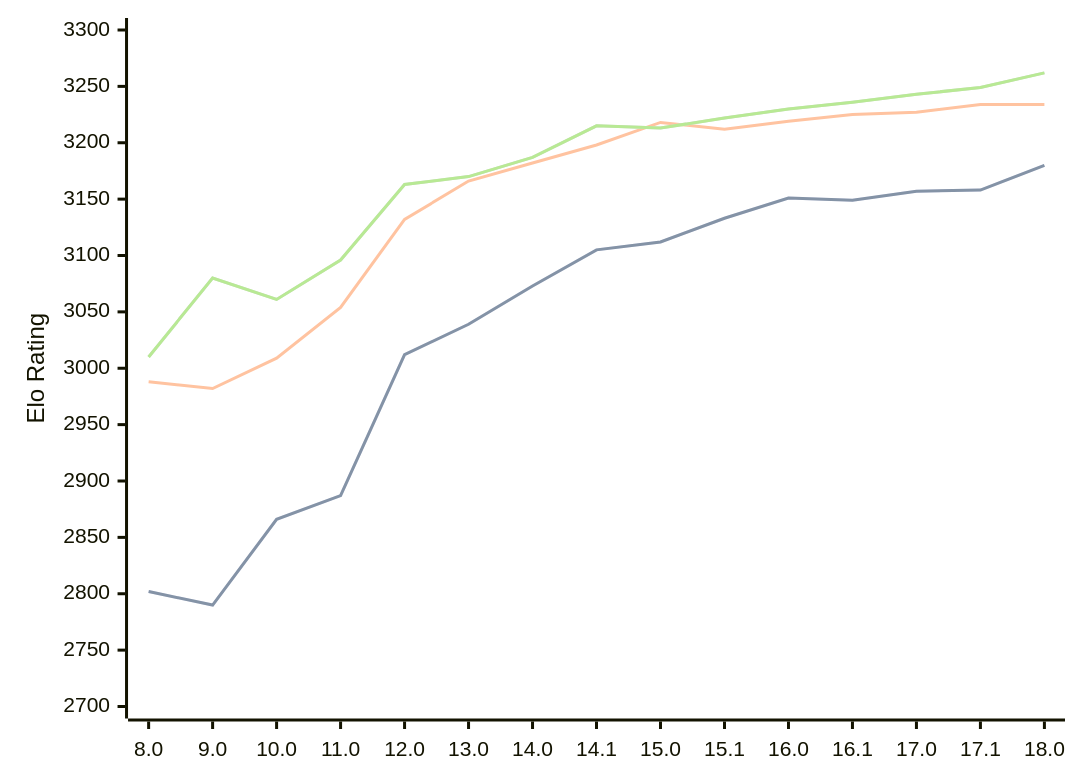
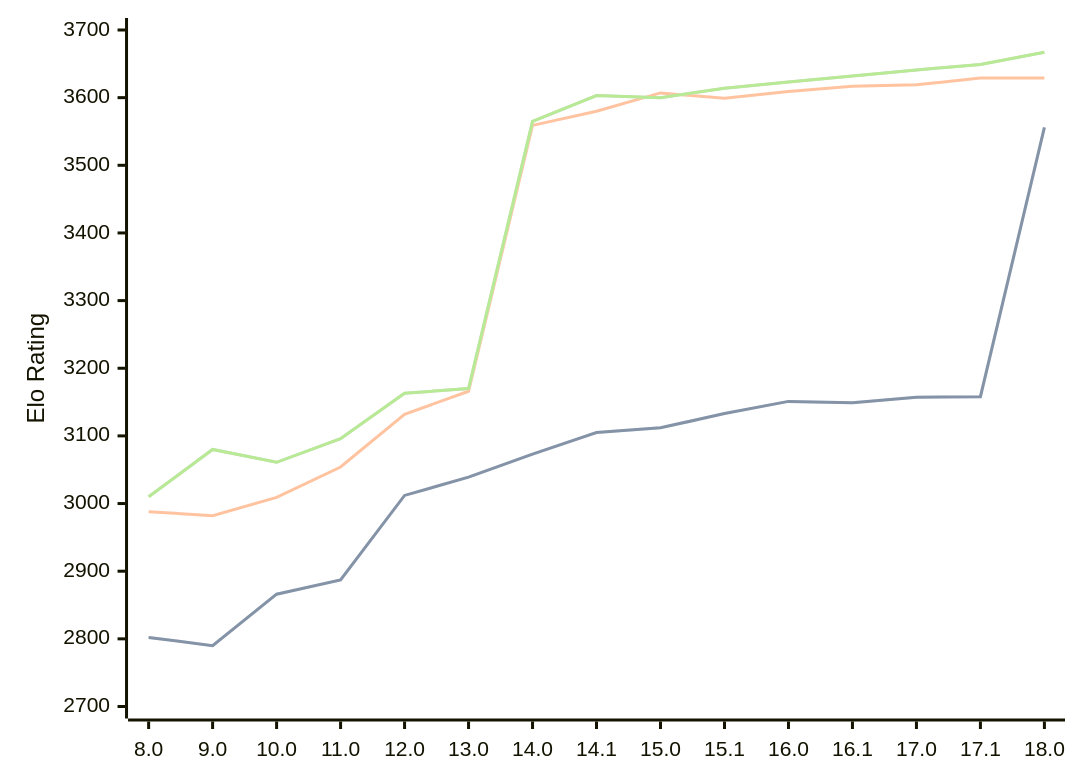
Before and after one commit to computer-chess-index/cci: the diagram in engines/Stockfish.md, drawn with Mermaid. The commit also changed other lines of this file, not shown here.

Commit message:
Update CCI Ratings (ELO VLTC) - 2026-02-24

````diff
--- a/engines/Stockfish.md
+++ b/engines/Stockfish.md
@@ -43,11 +44,11 @@
 ```mermaid
 %%{init: {"theme":"base","themeVariables":{"seriesColors:['#a3a3a3','#222221','#faa371']}}}%%
 xychart-beta
   x-axis ["8.0", "9.0", "10.0", "11.0", "12.0", "13.0", "14.0", "14.1", "15.0", "15.1", "16.0", "16.1", "17.0", "17.1", "18.0"]
-  y-axis "Elo Rating" 2700 --> 3300
-  line "STC (8.0+0.08s)" [2802, 2790, 2866, 2887, 3012, 3039, 3073, 3105, 3112, 3133, 3151, 3149, 3157, 3158, 3180]
-  line "STC (8.0+0.08s)" [2802, 2790, 2866, 2887, 3012, 3039, 3073, 3105, 3112, 3133, 3151, 3149, 3157, 3158, 3180]
-  line "LTC (60.0+0.60s)" [2988, 2982, 3009, 3054, 3132, 3166, 3182, 3198, 3218, 3212, 3219, 3225, 3227, 3234, 3234]
-  line "VLTC (2m24s+1.12s)" [3010, 3080, 3061, 3096, 3163, 3170, 3187, 3215, 3213, 3222, 3230, 3236, 3243, 3249, 3262]
-  line "VLTC (2m24s+1.12s)" [3010, 3080, 3061, 3096, 3163, 3170, 3187, 3215, 3213, 3222, 3230, 3236, 3243, 3249, 3262]
+  y-axis "Elo Rating" 2700 --> 3700
+  line "STC (8.0+0.08s)" [2802, 2790, 2866, 2887, 3012, 3039, 3073, 3105, 3112, 3133, 3151, 3149, 3157, 3158, 3556]
+  line "STC (8.0+0.08s)" [2802, 2790, 2866, 2887, 3012, 3039, 3073, 3105, 3112, 3133, 3151, 3149, 3157, 3158, 3556]
+  line "LTC (60.0+0.60s)" [2988, 2982, 3009, 3054, 3132, 3166, 3559, 3580, 3607, 3599, 3609, 3617, 3619, 3629, 3629]
+  line "VLTC (2m24s+1.12s)" [3010, 3080, 3061, 3096, 3163, 3170, 3565, 3603, 3600, 3614, 3623, 3632, 3641, 3649, 3667]
+  line "VLTC (2m24s+1.12s)" [3010, 3080, 3061, 3096, 3163, 3170, 3565, 3603, 3600, 3614, 3623, 3632, 3641, 3649, 3667]
 ```
````
